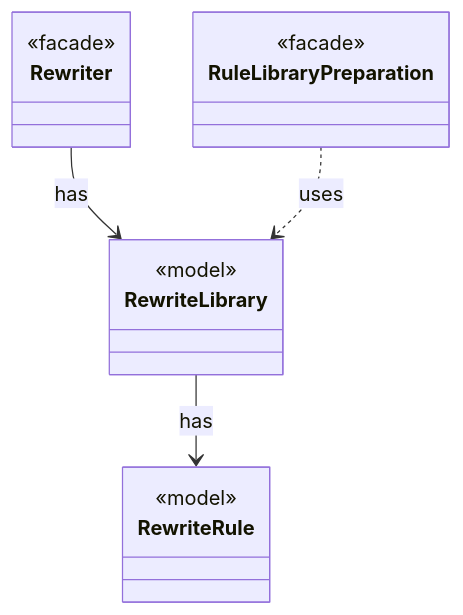
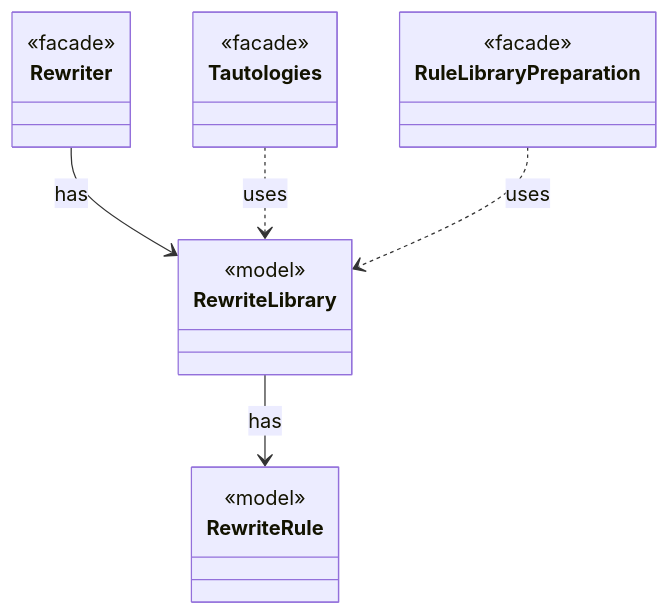
Before and after one commit to tlaplus/model-checker-hardening: the diagram in dev/types/io.github.tlaplus.hardening.gen.rewrite.RewriteLibrary.md, drawn with Mermaid. The commit also changed other lines of this file and 405 other files, not shown here.

````diff
--- a/dev/types/io.github.tlaplus.hardening.gen.rewrite.RewriteLibrary.md
+++ b/dev/types/io.github.tlaplus.hardening.gen.rewrite.RewriteLibrary.md
@@ -9,18 +9,22 @@
 ```mermaid
 classDiagram
   class RewriteLibrary {
     <<model>>
   }
   class RewriteRule {
     <<model>>
   }
   class Rewriter {
     <<facade>>
   }
+  class Tautologies {
+    <<facade>>
+  }
   class RuleLibraryPreparation {
     <<facade>>
   }
   RewriteLibrary --> RewriteRule : has
   Rewriter --> RewriteLibrary : has
+  Tautologies ..> RewriteLibrary : uses
   RuleLibraryPreparation ..> RewriteLibrary : uses
 ```
````
